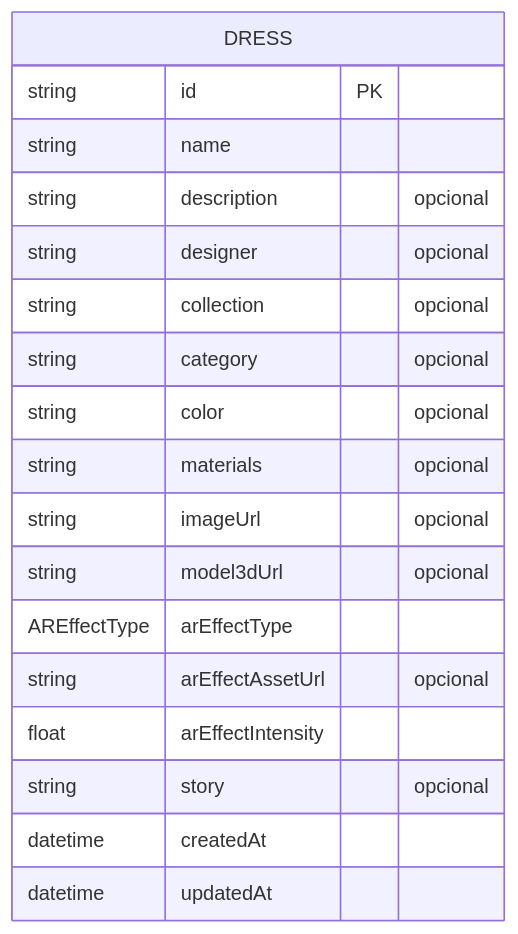
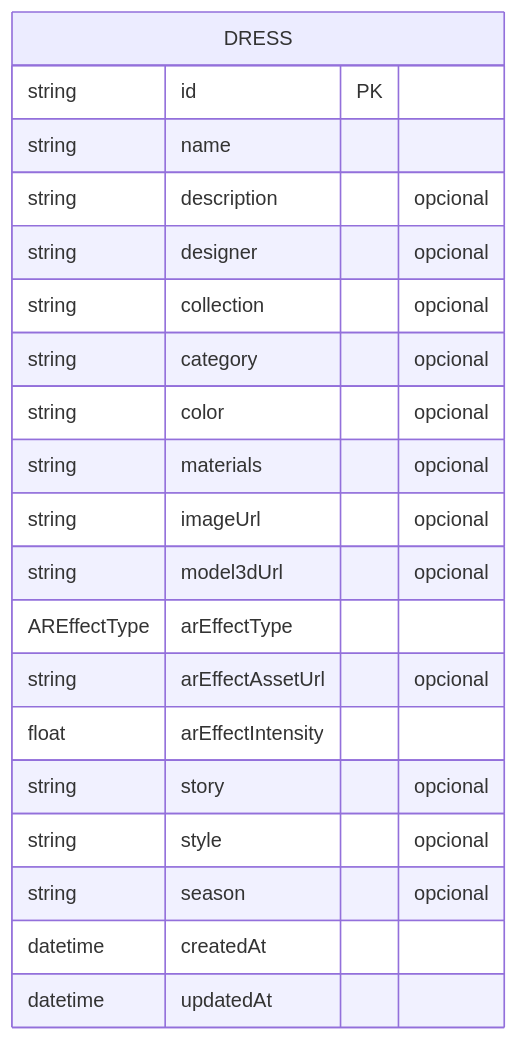
The first of 4 diagrams in docs/diagramas-proyecto.md (Migui777/FashionIA), drawn with Mermaid before and after one commit. The commit also changed other lines of this file and 5 other files, not shown here.

````diff
--- a/docs/diagramas-proyecto.md
+++ b/docs/diagramas-proyecto.md
@@ -13,21 +13,23 @@
 ```mermaid
 erDiagram
     DRESS {
         string id PK
         string name
         string description "opcional"
         string designer "opcional"
         string collection "opcional"
         string category "opcional"
         string color "opcional"
         string materials "opcional"
         string imageUrl "opcional"
         string model3dUrl "opcional"
         AREffectType arEffectType
         string arEffectAssetUrl "opcional"
         float arEffectIntensity
         string story "opcional"
+        string style "opcional"
+        string season "opcional"
         datetime createdAt
         datetime updatedAt
     }
 ```
````
